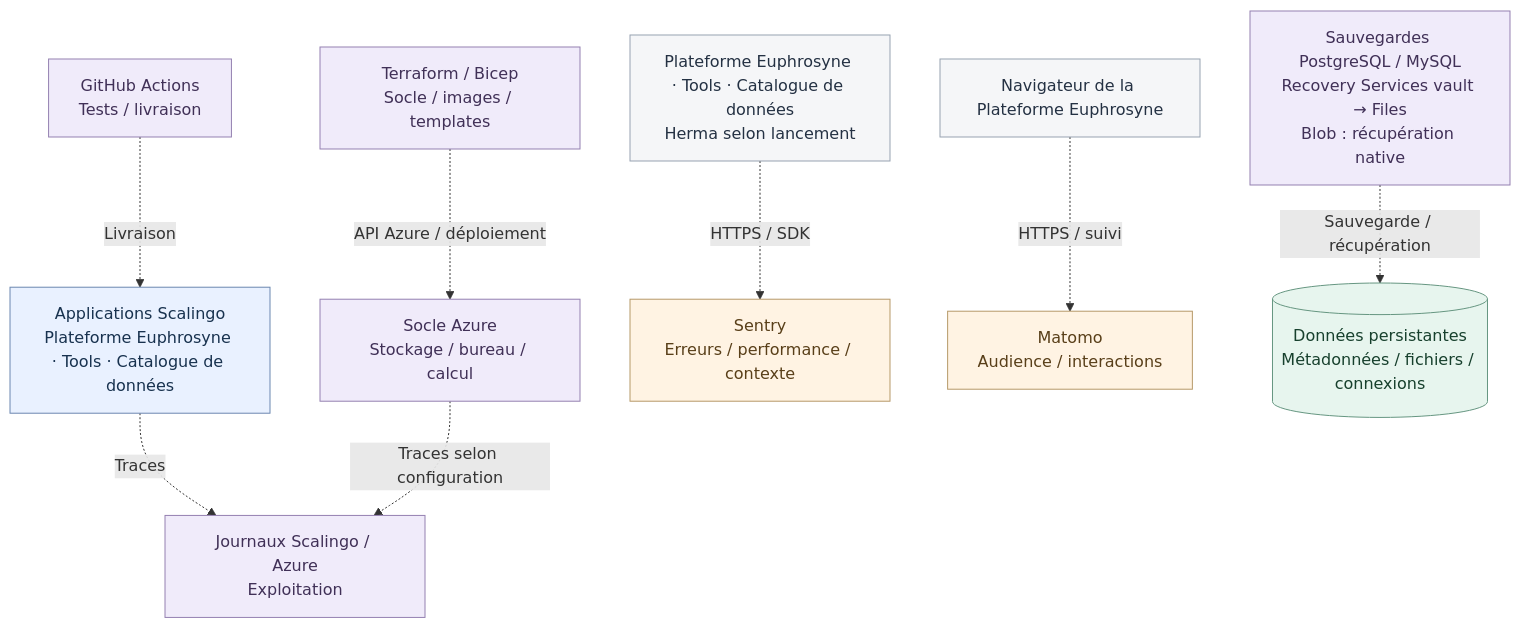
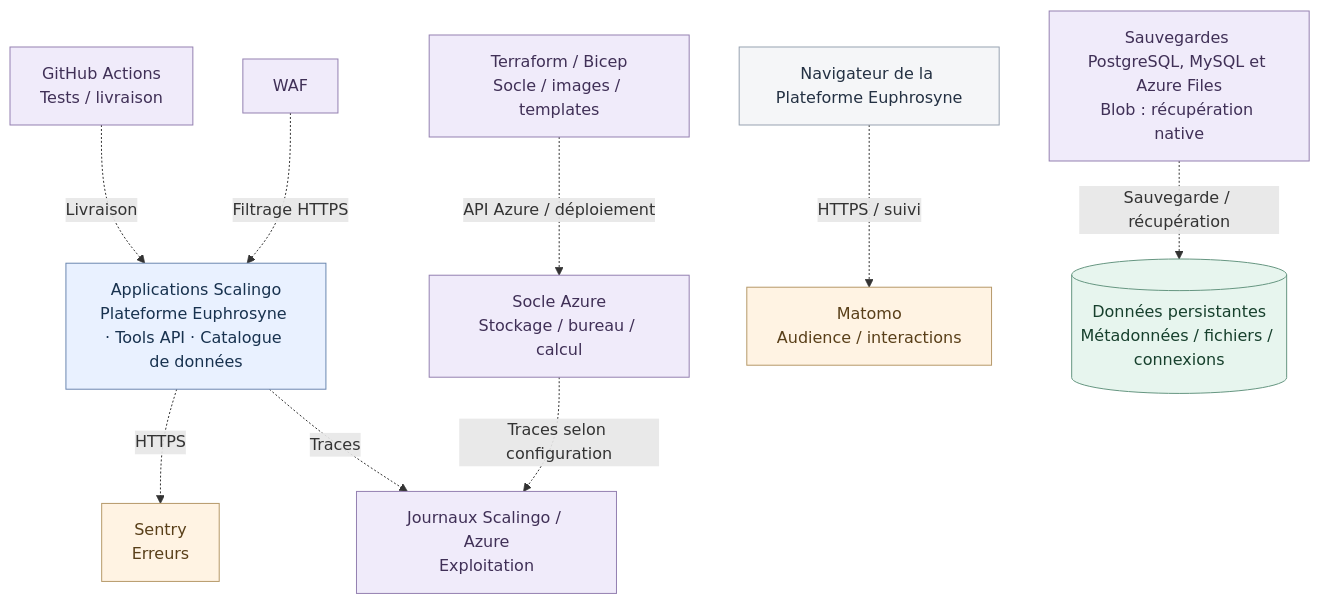
Before and after one commit to betagouv/euphrosyne: the diagram in docs/technical_architecture_document/assets/services-exploitation.mmd, drawn with Mermaid. The commit also changed 14 other files, not shown here.

```diff
--- a/docs/technical_architecture_document/assets/services-exploitation.mmd
+++ b/docs/technical_architecture_document/assets/services-exploitation.mmd
@@ -1,29 +1,30 @@
 flowchart TB
   github["GitHub Actions<br/>Tests / livraison"]
   infra["Terraform / Bicep<br/>Socle / images / templates"]
-  apps["Applications Scalingo<br/>Plateforme Euphrosyne · Tools · Catalogue de données"]
+  apps["Applications Scalingo<br/>Plateforme Euphrosyne · Tools API · Catalogue de données"]
   azure["Socle Azure<br/>Stockage / bureau / calcul"]
-  emitters["Plateforme Euphrosyne · Tools · Catalogue de données<br/>Herma selon lancement"]
   web["Navigateur de la Plateforme Euphrosyne"]
-  sentry["Sentry<br/>Erreurs / performance / contexte"]
+  waf["WAF"]
+  sentry["Sentry<br/>Erreurs"]
   matomo["Matomo<br/>Audience / interactions"]
   logs["Journaux Scalingo / Azure<br/>Exploitation"]
-  backups["Sauvegardes PostgreSQL / MySQL<br/>Recovery Services vault → Files<br/>Blob : récupération native"]
+  backups["Sauvegardes PostgreSQL, MySQL et Azure Files<br/>Blob : récupération native"]
   data[("Données persistantes<br/>Métadonnées / fichiers / connexions")]
   github -.->|"Livraison"| apps
   infra -.->|"API Azure / déploiement"| azure
-  emitters -.->|"HTTPS / SDK"| sentry
+  waf -.->|"Filtrage HTTPS"| apps
+  apps -.->|"HTTPS"| sentry
   web -.->|"HTTPS / suivi"| matomo
   apps -.->|"Traces"| logs
   azure -.->|"Traces selon configuration"| logs
   backups -.->|"Sauvegarde / récupération"| data
   classDef app fill:#e9f1ff,stroke:#6b87b0,color:#18324f;
   classDef data fill:#e7f5ee,stroke:#669681,color:#17402d;
   classDef control fill:#f0ebfa,stroke:#9480b1,color:#403057;
   classDef external fill:#fff3e3,stroke:#b69969,color:#593f19;
   classDef access fill:#f5f6f8,stroke:#97a2b1,color:#243143;
   class apps app;
   class data data;
-  class github,infra,azure,logs,backups control;
+  class github,infra,azure,logs,backups,waf control;
   class sentry,matomo external;
-  class emitters,web access;
+  class web access;
```
